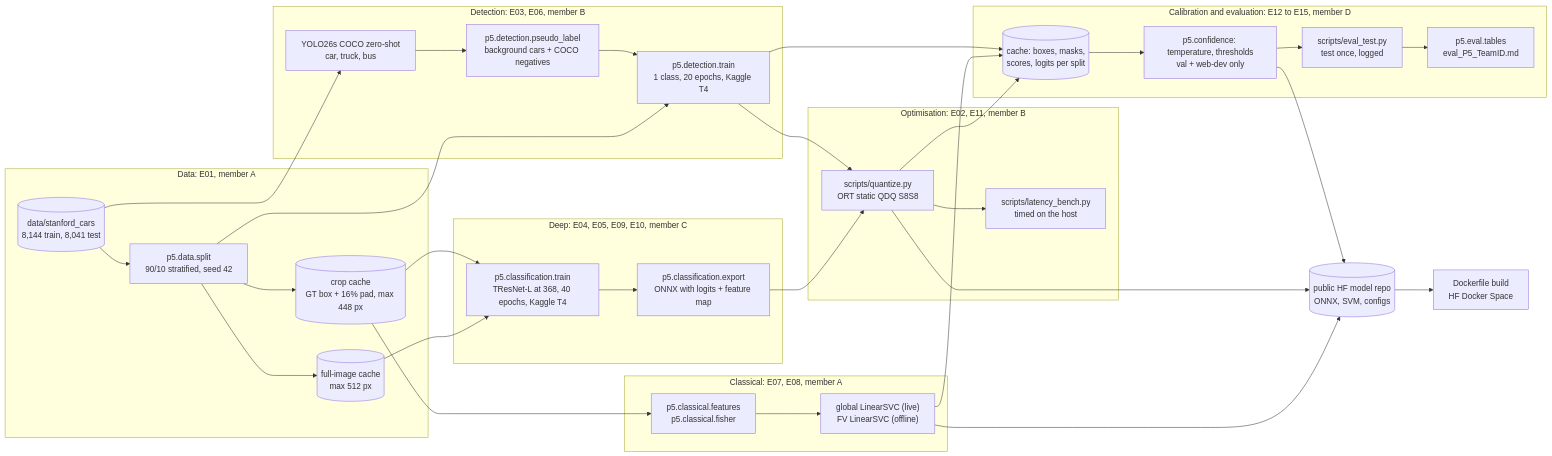
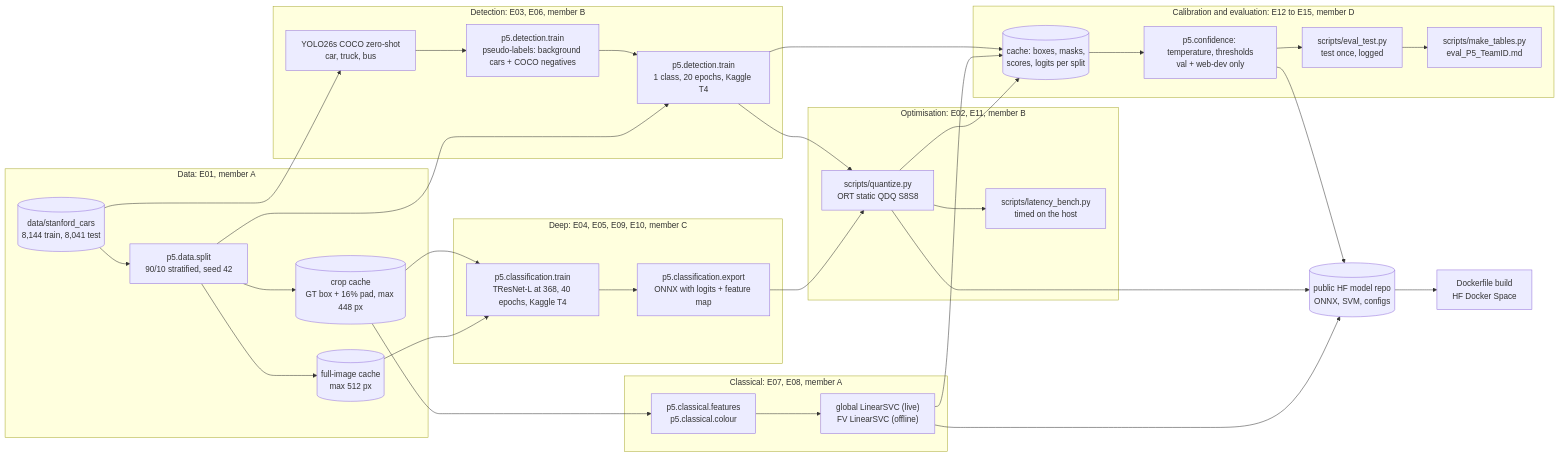
Before and after one commit to kushal-script/CV_Hakcathon_P5: the third of 3 diagrams in docs/architecture.md, drawn with Mermaid. The commit also changed other lines of this file and 3 other files, not shown here.

First line of the commit message:
Add the design document, an up to date architecture diagram and a deliverables index

````diff
--- a/docs/architecture.md
+++ b/docs/architecture.md
@@ -127,57 +137,57 @@
 ```mermaid
 flowchart LR
     subgraph DATA["Data: E01, member A"]
         RAW[("data/stanford_cars<br/>8,144 train, 8,041 test")]
         SPL["p5.data.split<br/>90/10 stratified, seed 42"]
         CC[("crop cache<br/>GT box + 16% pad, max 448 px")]
         FC[("full-image cache<br/>max 512 px")]
         RAW --> SPL
         SPL --> CC
         SPL --> FC
     end
     subgraph DET["Detection: E03, E06, member B"]
         ZS["YOLO26s COCO zero-shot<br/>car, truck, bus"]
-        PL["p5.detection.pseudo_label<br/>background cars + COCO negatives"]
+        PL["p5.detection.train<br/>pseudo-labels: background cars + COCO negatives"]
         DTR["p5.detection.train<br/>1 class, 20 epochs, Kaggle T4"]
         ZS --> PL
         PL --> DTR
     end
     subgraph CLS["Deep: E04, E05, E09, E10, member C"]
         TR["p5.classification.train<br/>TResNet-L at 368, 40 epochs, Kaggle T4"]
         EXP["p5.classification.export<br/>ONNX with logits + feature map"]
         TR --> EXP
     end
     subgraph CLA["Classical: E07, E08, member A"]
-        FEAT["p5.classical.features<br/>p5.classical.fisher"]
+        FEAT["p5.classical.features<br/>p5.classical.colour"]
         SVM["global LinearSVC (live)<br/>FV LinearSVC (offline)"]
         FEAT --> SVM
     end
     subgraph OPT["Optimisation: E02, E11, member B"]
         Q["scripts/quantize.py<br/>ORT static QDQ S8S8"]
         BENCH["scripts/latency_bench.py<br/>timed on the host"]
         Q --> BENCH
     end
     subgraph EV["Calibration and evaluation: E12 to E15, member D"]
         CACHE[("cache: boxes, masks,<br/>scores, logits per split")]
         CAL["p5.confidence: temperature, thresholds<br/>val + web-dev only"]
         ET["scripts/eval_test.py<br/>test once, logged"]
-        TAB["p5.eval.tables<br/>eval_P5_TeamID.md"]
+        TAB["scripts/make_tables.py<br/>eval_P5_TeamID.md"]
         CACHE --> CAL
         CAL --> ET
         ET --> TAB
     end
     RAW --> ZS
     SPL --> DTR
     CC --> TR
     FC --> TR
     CC --> FEAT
     DTR --> Q
     EXP --> Q
     Q --> CACHE
     DTR --> CACHE
     SVM --> CACHE
     Q --> HUB[("public HF model repo<br/>ONNX, SVM, configs")]
     SVM --> HUB
     CAL --> HUB
     HUB --> DOCK["Dockerfile build<br/>HF Docker Space"]
 ```
````
